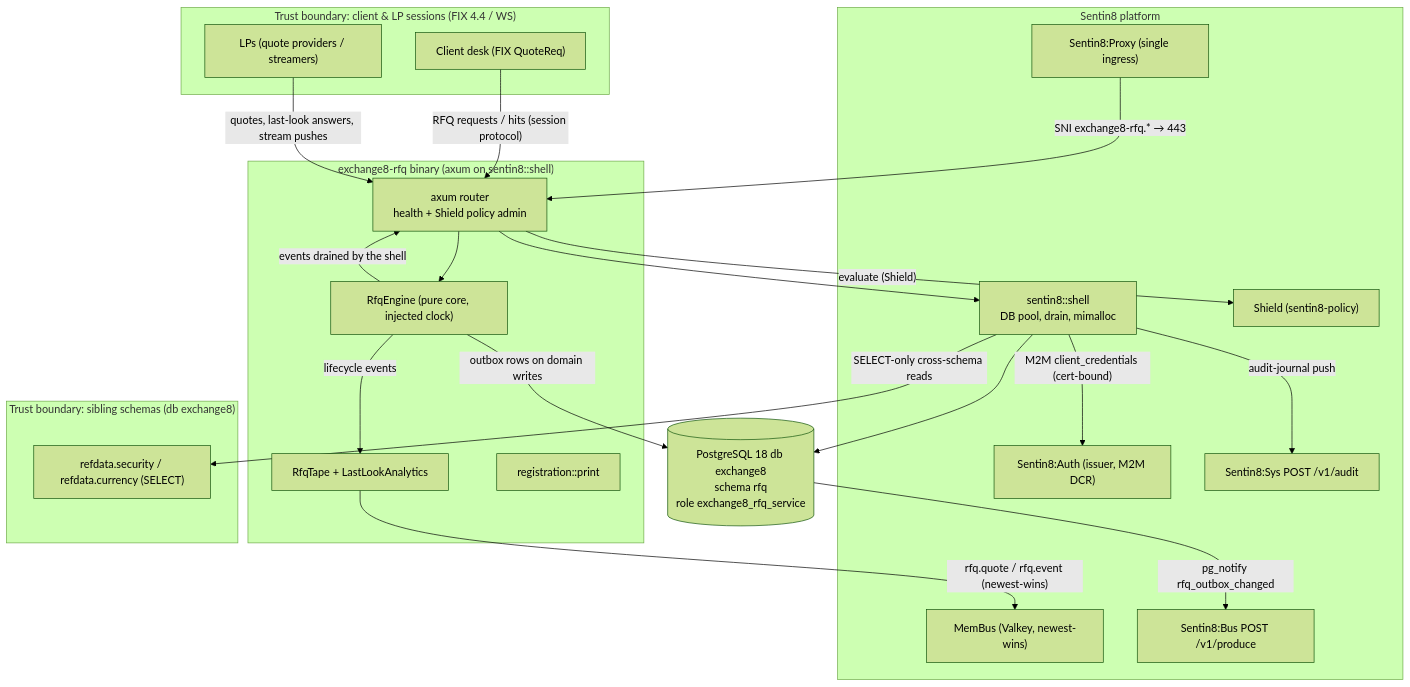
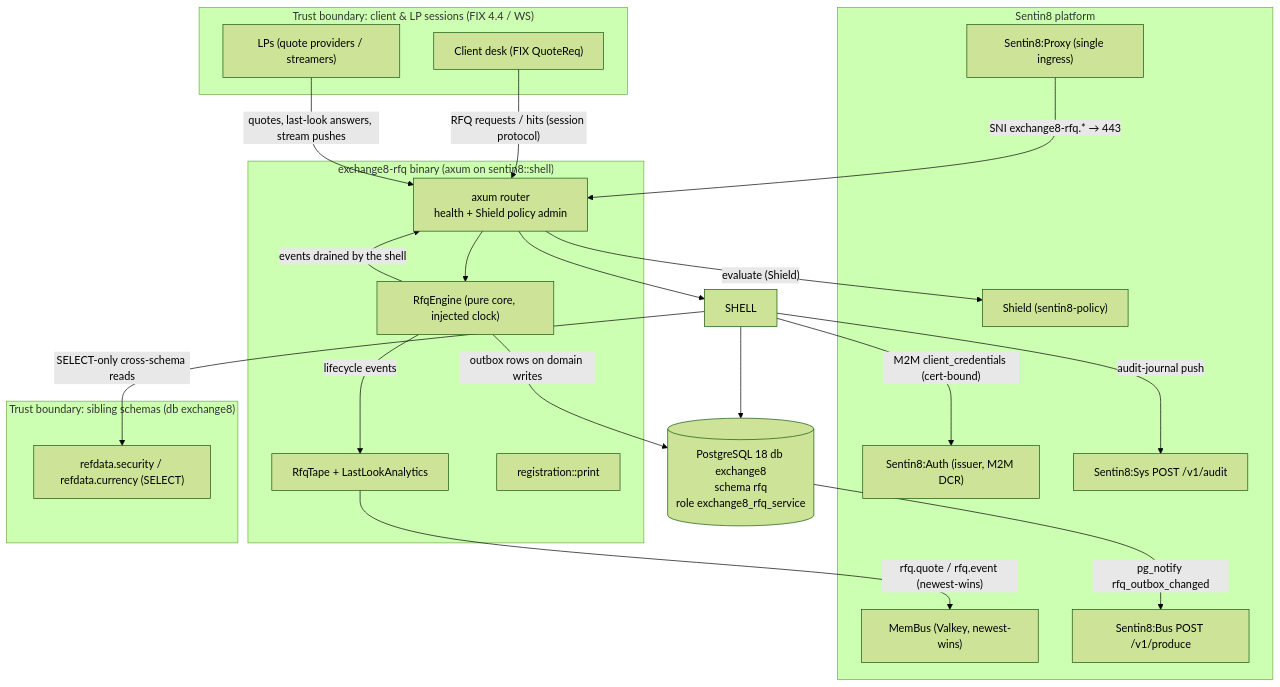
Before and after one commit to Exchange8-dev/exchange8-rfq: the diagram in README.md, drawn with Mermaid (forest theme). The commit also changed other lines of this file and 2 other files, not shown here.

Commit message:
TELESEED-1: declare the service's stat telemetry property
The Shield stat emitter publishes frames under the service short name; stat resolves the slug against stat.properties on the platform DB, which a vertical's own init SQL can never reach. The fragment declares telemetry_property (slug + name) and sentin8-cli vertical init/enroll seeds the row (design/sentin8-provisioned-rls-and-telemetry-design.md). Stale mimalloc doc claims are dropped in the same change.

````diff
--- a/README.md
+++ b/README.md
@@ -65,46 +64,45 @@
 ```mermaid
 graph TD
     subgraph sessions["Trust boundary: client & LP sessions (FIX 4.4 / WS)"]
         CLIENT["Client desk (FIX QuoteReq)"]
         LPS["LPs (quote providers / streamers)"]
     end
 
     subgraph svc["exchange8-rfq binary (axum on sentin8::shell)"]
         ROUTER["axum router<br/>health + Shield policy admin"]
         ENG["RfqEngine (pure core, injected clock)"]
         TAPE["RfqTape + LastLookAnalytics"]
         REGV["registration::print"]
     end
 
     subgraph platform["Sentin8 platform"]
-        SHELL["sentin8::shell<br/>DB pool, drain, mimalloc"]
         AUTH["Sentin8:Auth (issuer, M2M DCR)"]
         MBC["MemBus (Valkey, newest-wins)"]
         BUS["Sentin8:Bus POST /v1/produce"]
         SYS["Sentin8:Sys POST /v1/audit"]
         SHIELDQ["Shield (sentin8-policy)"]
         PROXYQ["Sentin8:Proxy (single ingress)"]
     end
 
     subgraph refd["Trust boundary: sibling schemas (db exchange8)"]
         REFSEC["refdata.security / refdata.currency (SELECT)"]
     end
 
     DB[("PostgreSQL 18 db exchange8<br/>schema rfq<br/>role exchange8_rfq_service")]
 
     CLIENT -->|"RFQ requests / hits (session protocol)"| ROUTER
     LPS -->|"quotes, last-look answers, stream pushes"| ROUTER
     ROUTER --> ENG
     ENG -->|"lifecycle events"| TAPE
     ENG -->|"events drained by the shell"| ROUTER
     ROUTER --> SHELL
     SHELL --> DB
     ENG -->|"outbox rows on domain writes"| DB
     TAPE -->|"rfq.quote / rfq.event (newest-wins)"| MBC
     DB -->|"pg_notify rfq_outbox_changed"| BUS
     SHELL -->|"M2M client_credentials (cert-bound)"| AUTH
     SHELL -->|"audit-journal push"| SYS
     ROUTER -->|"evaluate (Shield)"| SHIELDQ
     SHELL -->|"SELECT-only cross-schema reads"| REFSEC
     PROXYQ -->|"SNI exchange8-rfq.* → 443"| ROUTER
 ```
````
